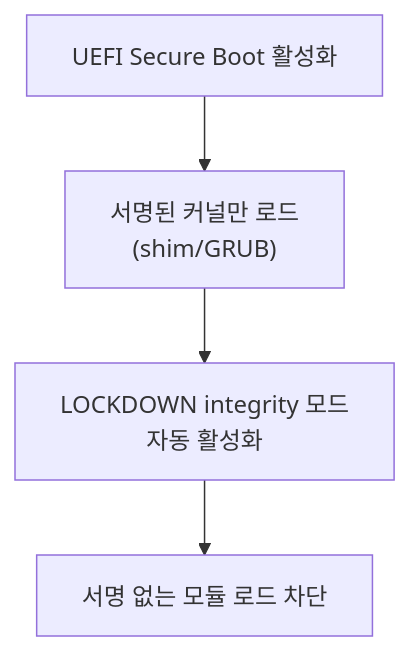
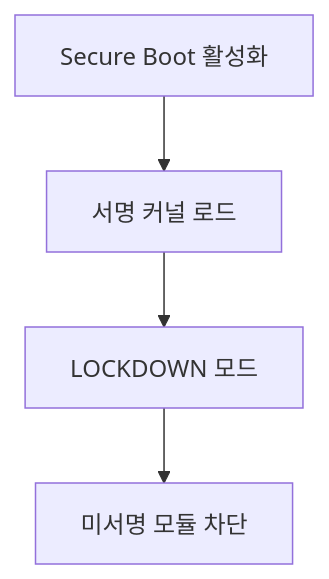
Before and after one commit to moonblueblue/devops-wiki: the first of 2 diagrams in content/linux/boot-init/kernel-modules.md, drawn with Mermaid. The commit also changed other lines of this file and 37 other files, not shown here.

First line of the commit message:
style: linux 카테고리 ASCII 도표·Mermaid 라벨 형식 교정

````diff
--- a/content/linux/boot-init/kernel-modules.md
+++ b/content/linux/boot-init/kernel-modules.md
@@ -236,9 +238,9 @@
 ```mermaid
 graph TD
-    A[UEFI Secure Boot 활성화]
-    B["서명된 커널만 로드\n(shim/GRUB)"]
-    C["LOCKDOWN integrity 모드\n자동 활성화"]
-    D[서명 없는 모듈 로드 차단]
+    A[Secure Boot 활성화]
+    B[서명 커널 로드]
+    C[LOCKDOWN 모드]
+    D[미서명 모듈 차단]
 
     A --> B --> C --> D
 ```
````
